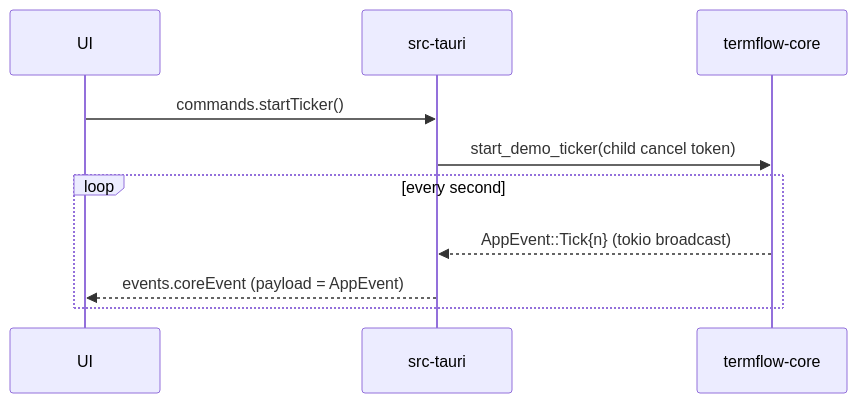
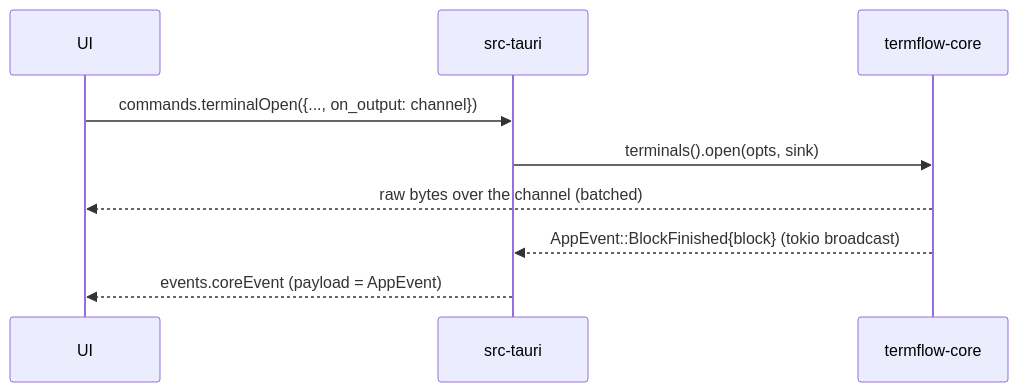
One commit to lgiucleab/termflow changed the fourth of 6 diagrams in docs/ARCHITECTURE.md. Above: the diagram before and after it, drawn with Mermaid. The commit also changed other lines of this file and 5 other files, not shown here.

Commit message:
docs(m1): architecture, manual checklist, changelog, as-built spec

````diff
--- a/docs/ARCHITECTURE.md
+++ b/docs/ARCHITECTURE.md
@@ -42,12 +68,11 @@
 ```mermaid
 sequenceDiagram
   participant UI
   participant Glue as src-tauri
   participant Core as termflow-core
-  UI->>Glue: commands.startTicker()
-  Glue->>Core: start_demo_ticker(child cancel token)
-  loop every second
-    Core-->>Glue: AppEvent::Tick{n} (tokio broadcast)
-    Glue-->>UI: events.coreEvent (payload = AppEvent)
-  end
+  UI->>Glue: commands.terminalOpen({..., on_output: channel})
+  Glue->>Core: terminals().open(opts, sink)
+  Core-->>UI: raw bytes over the channel (batched)
+  Core-->>Glue: AppEvent::BlockFinished{block} (tokio broadcast)
+  Glue-->>UI: events.coreEvent (payload = AppEvent)
 ```
````
